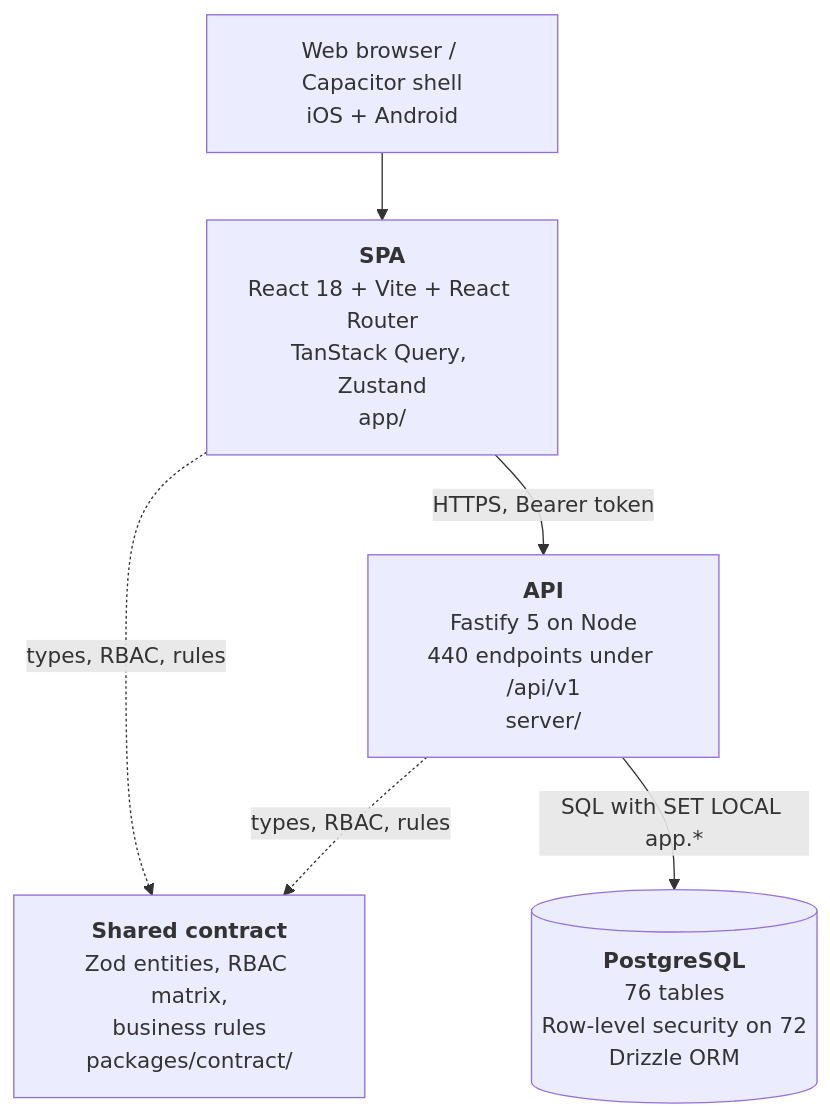
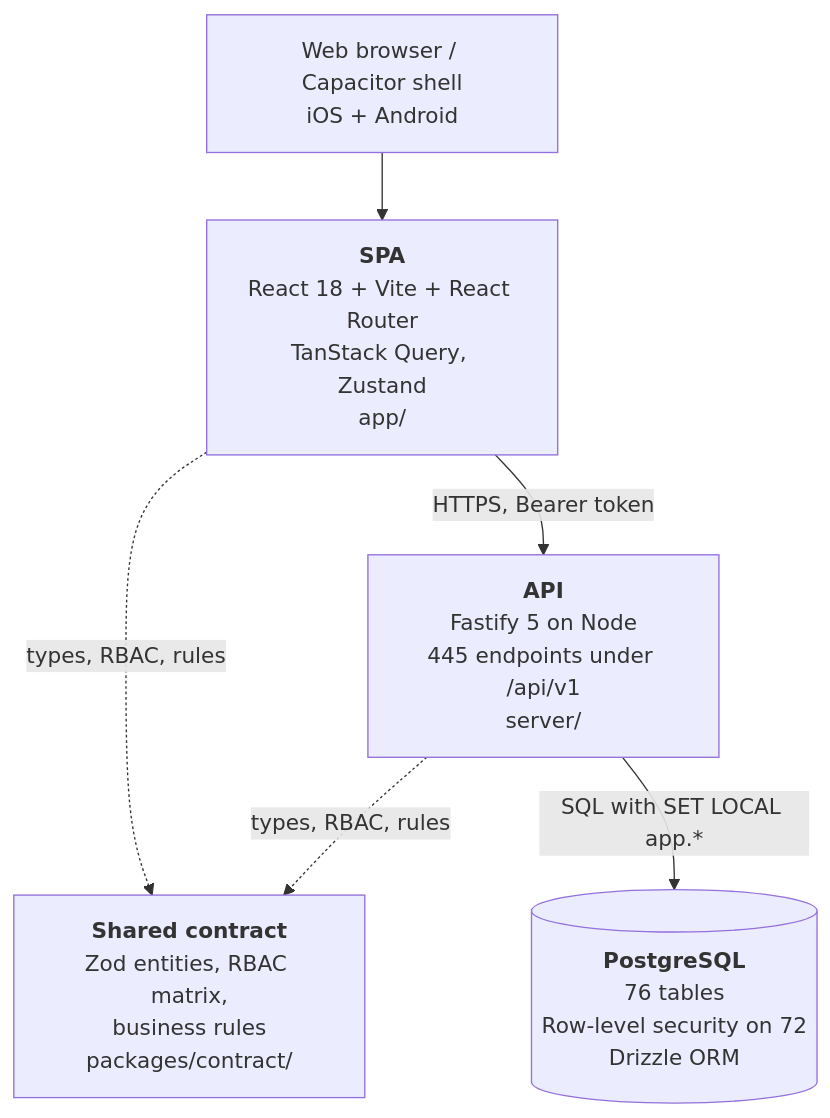
Before and after one commit to tazamohd/SlClNe: the second of 4 diagrams in docs/15_C4_ARCHITECTURE_DIAGRAMS/C4_MODEL.md, drawn with Mermaid. The commit also changed other lines of this file and 30 other files, not shown here.

````diff
--- a/docs/15_C4_ARCHITECTURE_DIAGRAMS/C4_MODEL.md
+++ b/docs/15_C4_ARCHITECTURE_DIAGRAMS/C4_MODEL.md
@@ -42,13 +42,13 @@
 ```mermaid
 flowchart TB
   browser["Web browser / Capacitor shell<br/>iOS + Android"]
   spa["<b>SPA</b><br/>React 18 + Vite + React Router<br/>TanStack Query, Zustand<br/>app/"]
-  api["<b>API</b><br/>Fastify 5 on Node<br/>440 endpoints under /api/v1<br/>server/"]
+  api["<b>API</b><br/>Fastify 5 on Node<br/>445 endpoints under /api/v1<br/>server/"]
   contract["<b>Shared contract</b><br/>Zod entities, RBAC matrix,<br/>business rules<br/>packages/contract/"]
   db[("<b>PostgreSQL</b><br/>76 tables<br/>Row-level security on 72<br/>Drizzle ORM")]
   browser --> spa
   spa -->|"HTTPS, Bearer token"| api
   spa -.->|"types, RBAC, rules"| contract
   api -.->|"types, RBAC, rules"| contract
   api -->|"SQL with SET LOCAL app.*"| db
 ```
````
